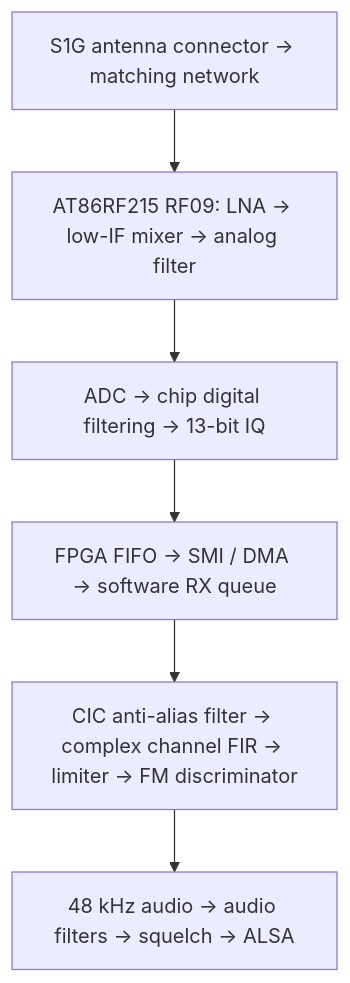
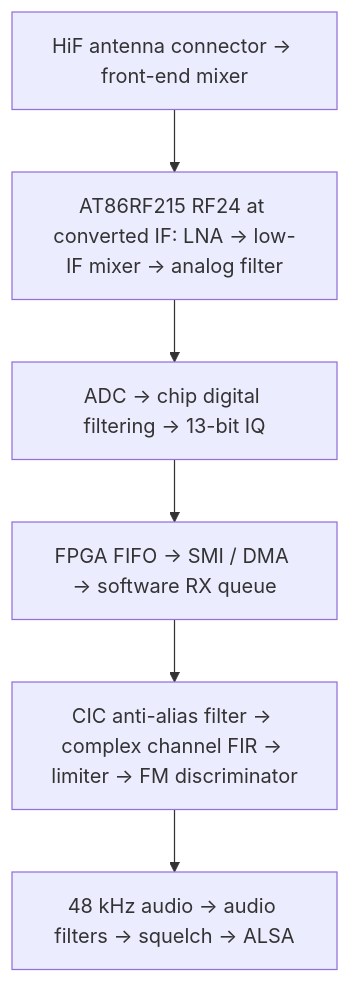
Before and after one commit to Habraken/cariboulite: the diagram in docs/nbfm-rx-sensitivity-context.md, drawn with Mermaid. The commit also changed other lines of this file and 8 other files, not shown here.

````diff
--- a/docs/nbfm-rx-sensitivity-context.md
+++ b/docs/nbfm-rx-sensitivity-context.md
@@ -54,10 +68,10 @@
 ```mermaid
 flowchart TD
-    A["S1G antenna connector → matching network"]
-    B["AT86RF215 RF09: LNA → low-IF mixer → analog filter"]
+    A["HiF antenna connector → front-end mixer"]
+    B["AT86RF215 RF24 at converted IF: LNA → low-IF mixer → analog filter"]
     C["ADC → chip digital filtering → 13-bit IQ"]
     D["FPGA FIFO → SMI / DMA → software RX queue"]
     E["CIC anti-alias filter → complex channel FIR → limiter → FM discriminator"]
     F["48 kHz audio → audio filters → squelch → ALSA"]
     A --> B --> C --> D --> E --> F
 ```
````
